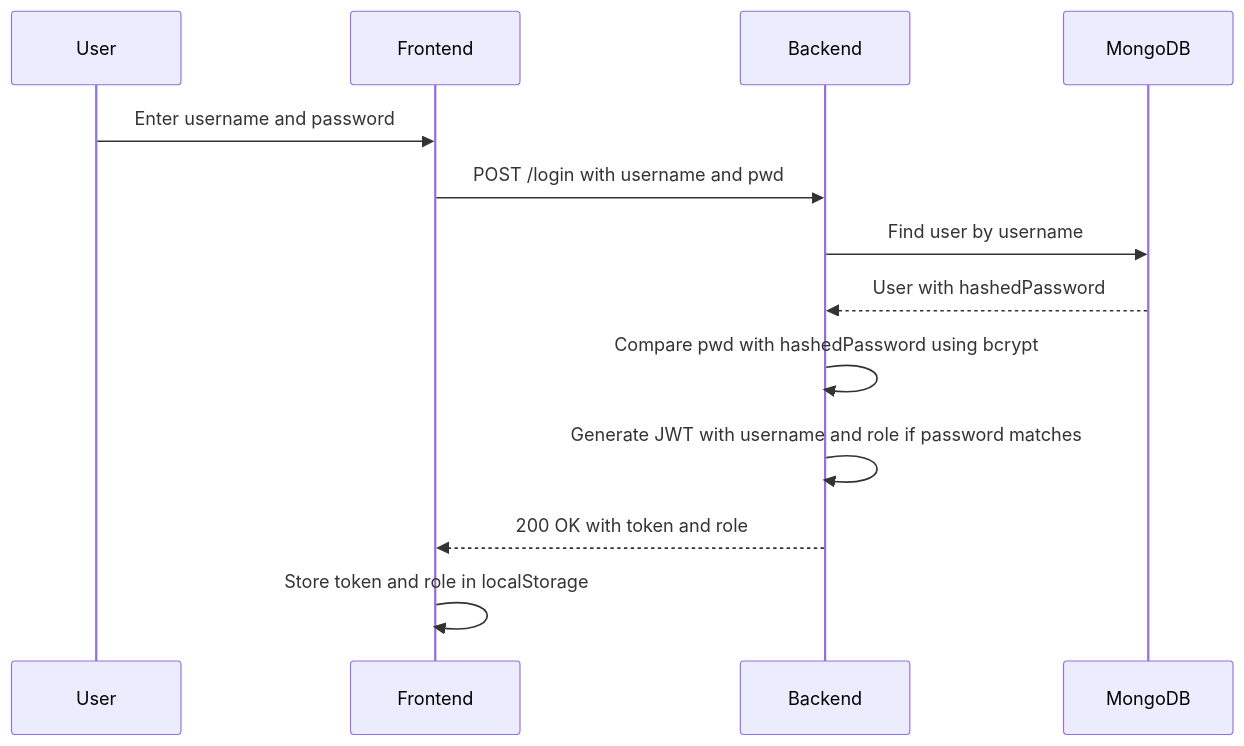
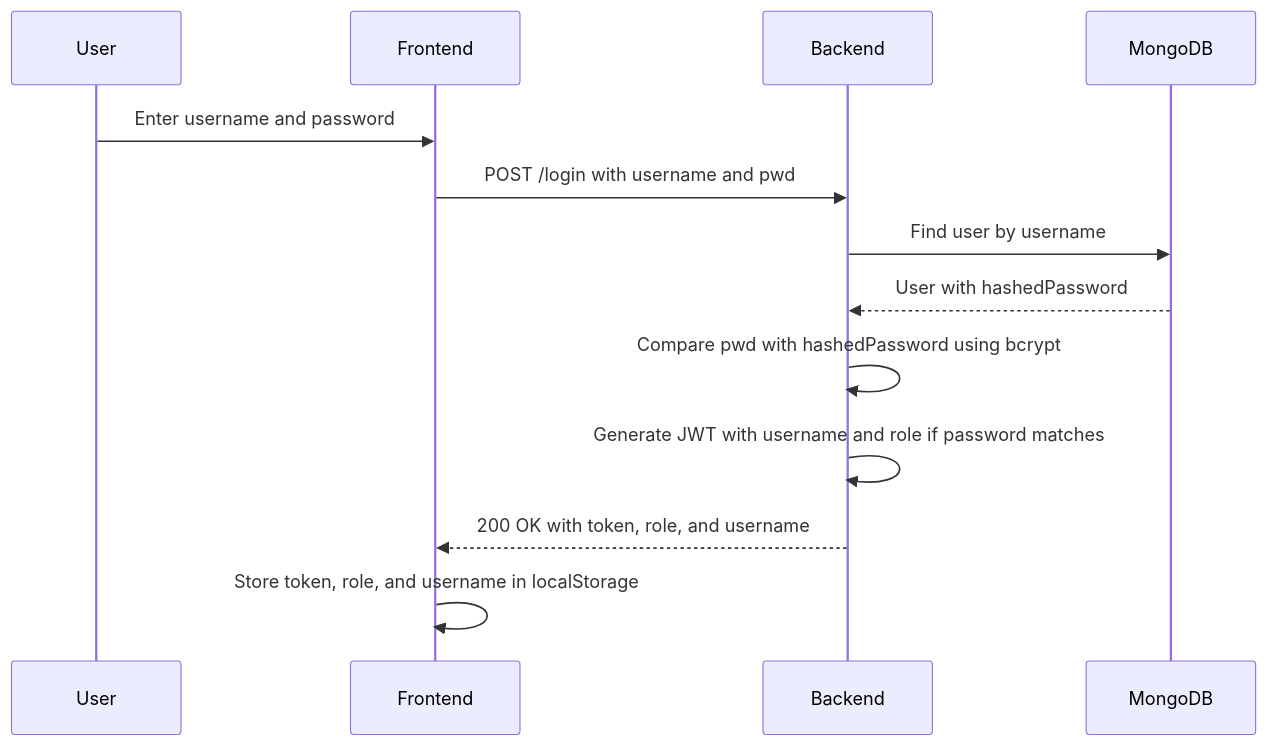
The second of 3 diagrams in README.md (jaydonkc/gitgoblins_project), drawn with Mermaid before and after one commit. The commit also changed other lines of this file and 8 other files, not shown here.

````diff
--- a/README.md
+++ b/README.md
@@ -86,16 +160,16 @@
 ```mermaid
 sequenceDiagram
   participant User
   participant Frontend
   participant Backend
   participant MongoDB
 
   User->>Frontend: Enter username and password
   Frontend->>Backend: POST /login with username and pwd
   Backend->>MongoDB: Find user by username
   MongoDB-->>Backend: User with hashedPassword
   Backend->>Backend: Compare pwd with hashedPassword using bcrypt
   Backend->>Backend: Generate JWT with username and role if password matches
-  Backend-->>Frontend: 200 OK with token and role
-  Frontend->>Frontend: Store token and role in localStorage
+  Backend-->>Frontend: 200 OK with token, role, and username
+  Frontend->>Frontend: Store token, role, and username in localStorage
 ```
````
